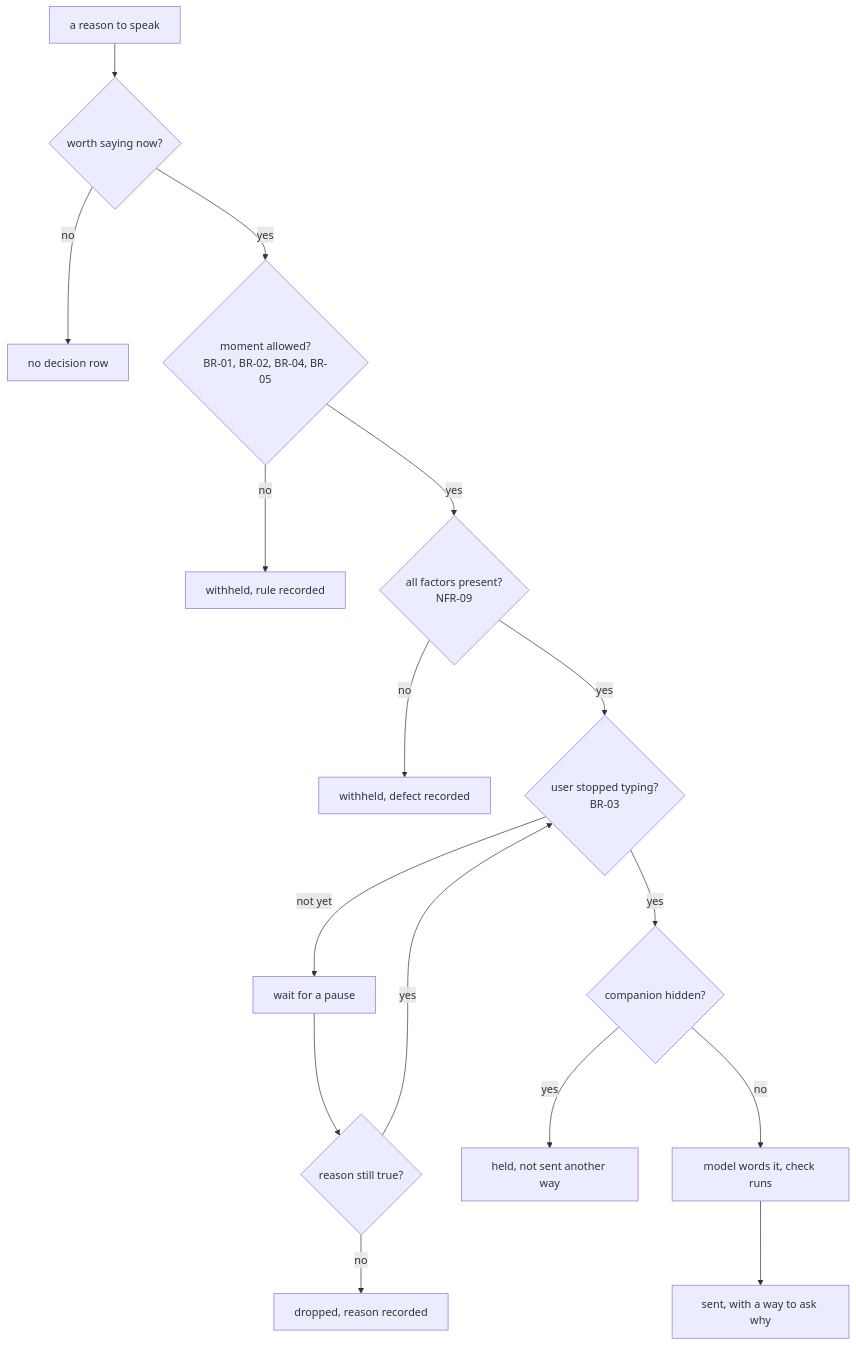
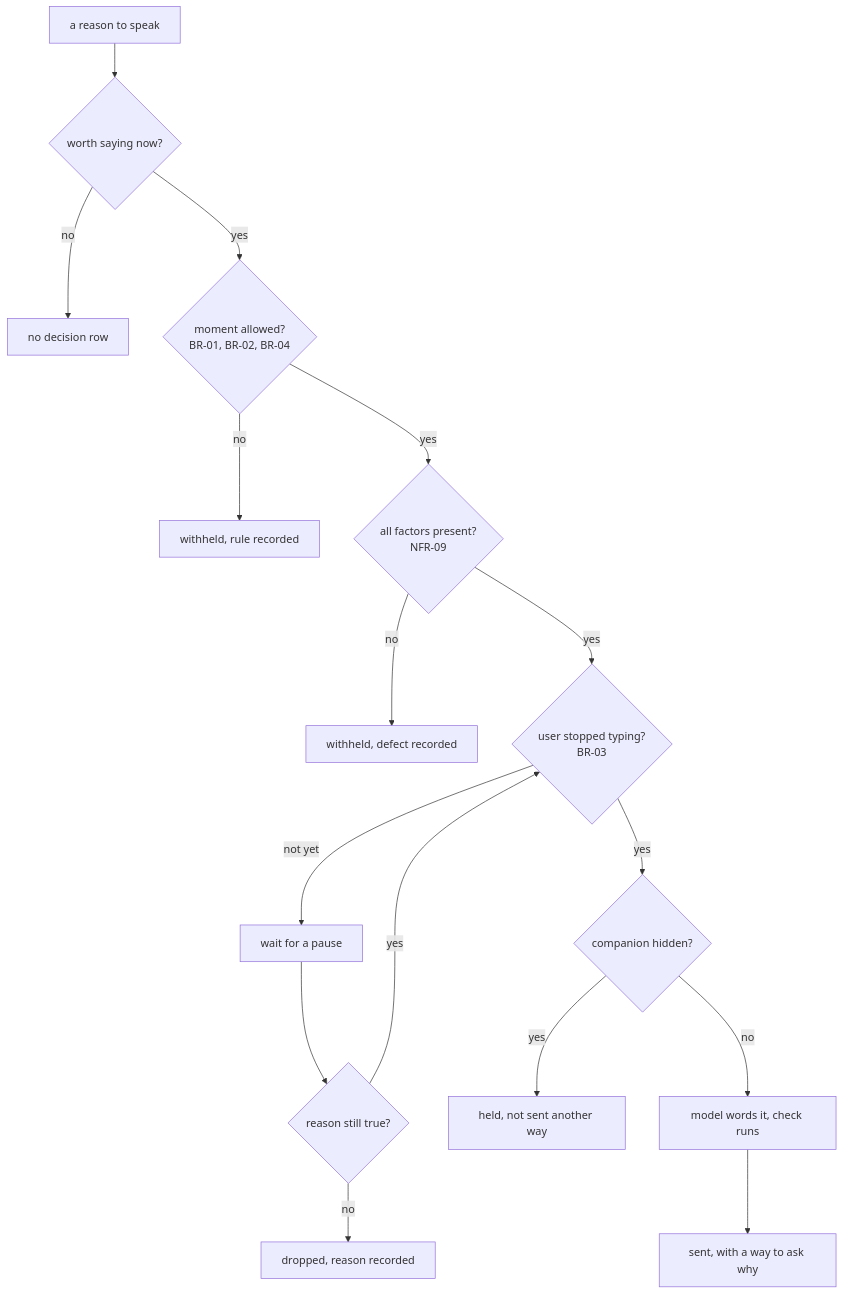
Before and after one commit to NguyenVu04/cognia: diagram 11 of 48 in docs/architecture/ARCHITECTURE.md, drawn with Mermaid. The commit also changed other lines of this file and 83 other files, not shown here.

````diff
--- a/docs/architecture/ARCHITECTURE.md
+++ b/docs/architecture/ARCHITECTURE.md
@@ -884,18 +925,18 @@
 ```mermaid
 flowchart TD
     reason["a reason to speak"] --> worth{"worth saying now?"}
     worth -- "no" --> drop0["no decision row"]
-    worth -- "yes" --> allowed{"moment allowed?<br/>BR-01, BR-02, BR-04, BR-05"}
+    worth -- "yes" --> allowed{"moment allowed?<br/>BR-01, BR-02, BR-04"}
     allowed -- "no" --> withheld["withheld, rule recorded"]
     allowed -- "yes" --> complete{"all factors present?<br/>NFR-09"}
     complete -- "no" --> defect["withheld, defect recorded"]
     complete -- "yes" --> pause{"user stopped typing?<br/>BR-03"}
     pause -- "not yet" --> hold["wait for a pause"]
     hold --> lapsed{"reason still true?"}
     lapsed -- "no" --> dropped["dropped, reason recorded"]
     lapsed -- "yes" --> pause
     pause -- "yes" --> hidden{"companion hidden?"}
     hidden -- "yes" --> held["held, not sent another way"]
     hidden -- "no" --> word["model words it, check runs"]
     word --> send["sent, with a way to ask why"]
 ```
````
